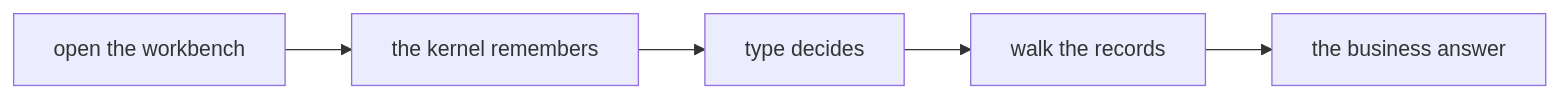
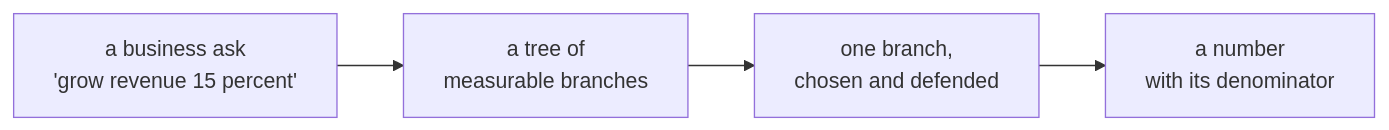
The third of 4 diagrams in content/W01/D1/slides/C2_W01_D01_half1_STUDENT.md (fde-academy-lab/c2-content-factory), drawn with Mermaid before and after one commit. The commit also changed other lines of this file and 201 other files, not shown here.

````diff
--- a/content/W01/D1/slides/C2_W01_D01_half1_STUDENT.md
+++ b/content/W01/D1/slides/C2_W01_D01_half1_STUDENT.md
@@ -28,7 +136,6 @@
 ```mermaid
 flowchart LR
-    A["open the workbench"] --> B["the kernel remembers"]
-    B --> C["type decides"]
-    C --> D["walk the records"]
-    D --> E["the business answer"]
+    A["a business ask<br/>'grow revenue 15 percent'"] --> B["a tree of<br/>measurable branches"]
+    B --> C["one branch,<br/>chosen and defended"]
+    C --> D["a number<br/>with its denominator"]
 ```
````
